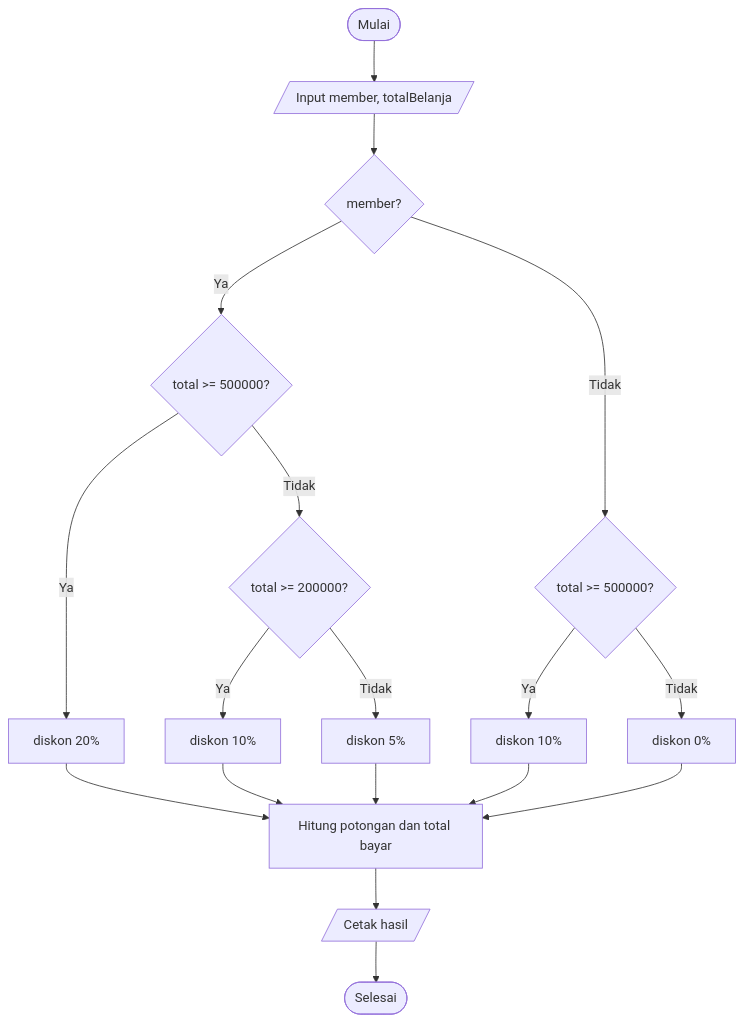
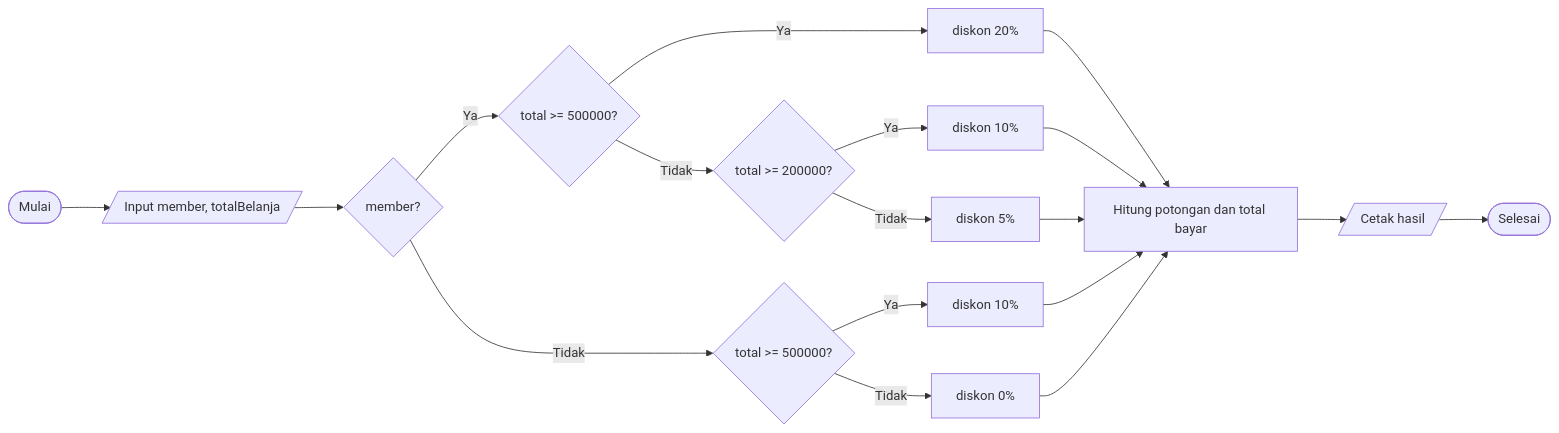
The second of 2 diagrams in PDPpengumpulanjobsheet/Jobsheet5Pemilihan/Jawaban_Jobsheet_5_Pemilihan_2.md (Zoryst0/PRAKDASPROSE1), drawn with Mermaid before and after one commit.

````diff
--- a/PDPpengumpulanjobsheet/Jobsheet5Pemilihan/Jawaban_Jobsheet_5_Pemilihan_2.md
+++ b/PDPpengumpulanjobsheet/Jobsheet5Pemilihan/Jawaban_Jobsheet_5_Pemilihan_2.md
@@ -301,20 +301,20 @@
 ```mermaid
-flowchart TD
+flowchart LR
     A([Mulai]) --> B[/Input member, totalBelanja/]
     B --> C{member?}
     C -- Ya --> D{total >= 500000?}
     D -- Ya --> P20[diskon 20%]
     D -- Tidak --> E{total >= 200000?}
     E -- Ya --> P10[diskon 10%]
     E -- Tidak --> P5[diskon 5%]
     C -- Tidak --> F{total >= 500000?}
     F -- Ya --> Q10[diskon 10%]
     F -- Tidak --> Q0[diskon 0%]
     P20 --> H[Hitung potongan dan total bayar]
     P10 --> H
     P5 --> H
     Q10 --> H
     Q0 --> H
     H --> I[/Cetak hasil/]
     I --> Z([Selesai])
 ```
````
